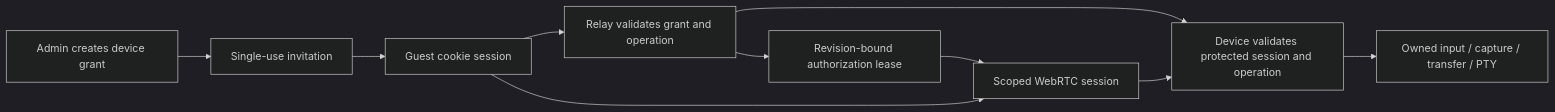
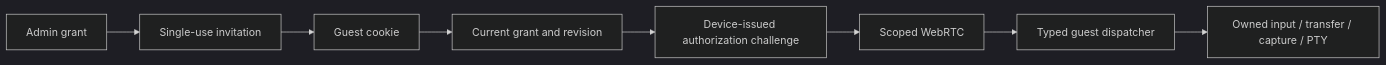
The diagram in docs/GUEST-ACCESS.md (nobottomline/rctl), drawn with Mermaid (dark theme) before and after one commit. The commit also changed other lines of this file and 56 other files, not shown here.

Commit message:
feat(guest): enforce granular device operations and resource retirement

````diff
--- a/docs/GUEST-ACCESS.md
+++ b/docs/GUEST-ACCESS.md
@@ -227,12 +100,10 @@
 ```mermaid
 flowchart LR
-    A[Admin creates device grant] --> I[Single-use invitation]
-    I --> G[Guest cookie session]
-    G --> R[Relay validates grant and operation]
-    R --> D[Device validates protected session and operation]
-    G --> W[Scoped WebRTC session]
-    R --> L[Revision-bound authorization lease]
-    L --> W
-    W --> D
-    D --> O[Owned input / capture / transfer / PTY]
+    A[Admin grant] --> I[Single-use invitation]
+    I --> G[Guest cookie]
+    G --> R[Current grant and revision]
+    R --> L[Device-issued authorization challenge]
+    L --> W[Scoped WebRTC]
+    W --> D[Typed guest dispatcher]
+    D --> O[Owned input / transfer / capture / PTY]
 ```
````
